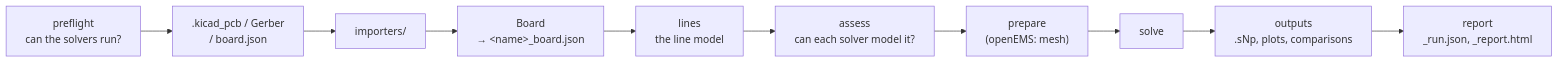
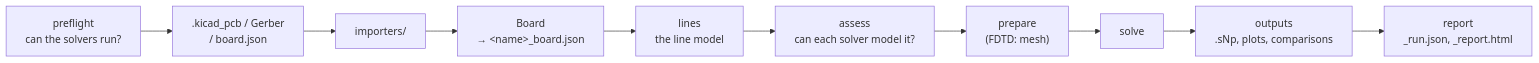
Before and after one commit to lowprocess/kicad2ems: the diagram in docs/architecture.md, drawn with Mermaid. The commit also changed other lines of this file and 34 other files, not shown here.

````diff
--- a/docs/architecture.md
+++ b/docs/architecture.md
@@ -10,12 +10,12 @@
 ```mermaid
 flowchart LR
     P["preflight<br/>can the solvers run?"] --> A[".kicad_pcb / Gerber<br/>/ board.json"]
     A --> B["importers/"]
     B --> C["Board<br/>&rarr; &lt;name&gt;_board.json"]
     C --> L["lines<br/>the line model"]
     L --> S["assess<br/>can each solver model it?"]
-    S --> E["prepare<br/>(openEMS: mesh)"]
+    S --> E["prepare<br/>(FDTD: mesh)"]
     E --> F["solve"]
     F --> G["outputs<br/>.sNp, plots, comparisons"]
     G --> R["report<br/>_run.json, _report.html"]
 ```
````
